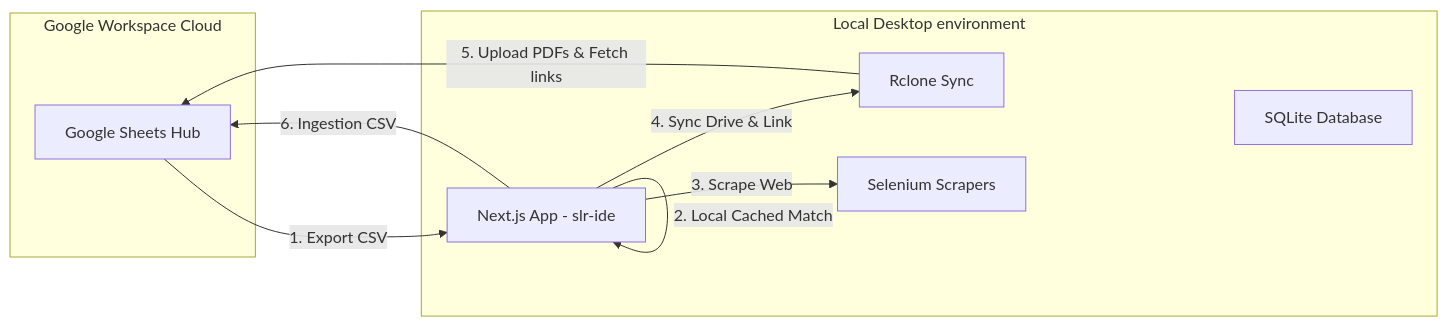
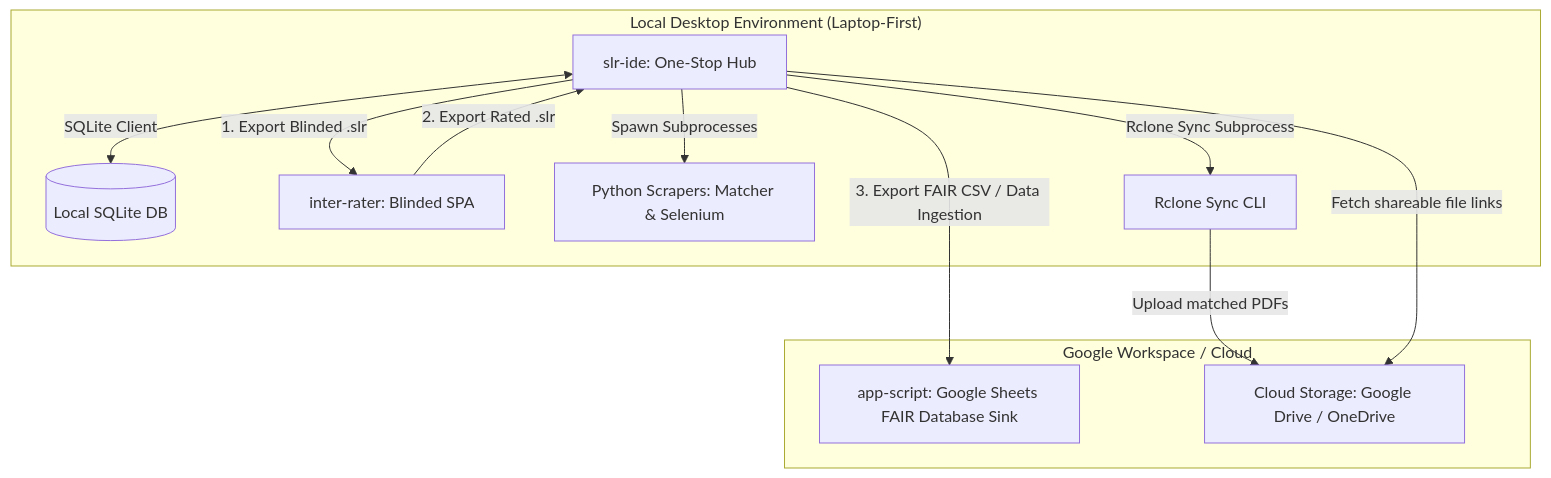
The diagram in architecture.md (iwas108/SLR-Magic), drawn with Mermaid before and after one commit. The commit also changed other lines of this file and 39 other files, not shown here.

````diff
--- a/architecture.md
+++ b/architecture.md
@@ -13,19 +16,19 @@
 ```mermaid
-graph LR
-    subgraph Google Workspace Cloud
-        A[Google Sheets Hub]
-    end
-    subgraph Local Desktop environment
-        B[Next.js App - slr-ide]
-        C[SQLite Database]
-        D[Rclone Sync]
-        E[Selenium Scrapers]
+graph TD
+    subgraph "Local Desktop Environment (Laptop-First)"
+        A[slr-ide: One-Stop Hub] <-->|SQLite Client| B[(Local SQLite DB)]
+        A -->|1. Export Blinded .slr| C[inter-rater: Blinded SPA]
+        C -->|2. Export Rated .slr| A
+        A -->|Spawn Subprocesses| D[Python Scrapers: Matcher & Selenium]
+        A -->|Rclone Sync Subprocess| E[Rclone Sync CLI]
     end
     
-    A -->|1. Export CSV| B
-    B -->|2. Local Cached Match| B
-    B -->|3. Scrape Web| E
-    B -->|4. Sync Drive & Link| D
-    D -->|5. Upload PDFs & Fetch links| A
-    B -->|6. Ingestion CSV| A
+    subgraph "Google Workspace / Cloud"
+        F[app-script: Google Sheets FAIR Database Sink]
+        G[Cloud Storage: Google Drive / OneDrive]
+    end
+    
+    A -->|3. Export FAIR CSV / Data Ingestion| F
+    E -->|Upload matched PDFs| G
+    A -->|Fetch shareable file links| G
 ```
````
